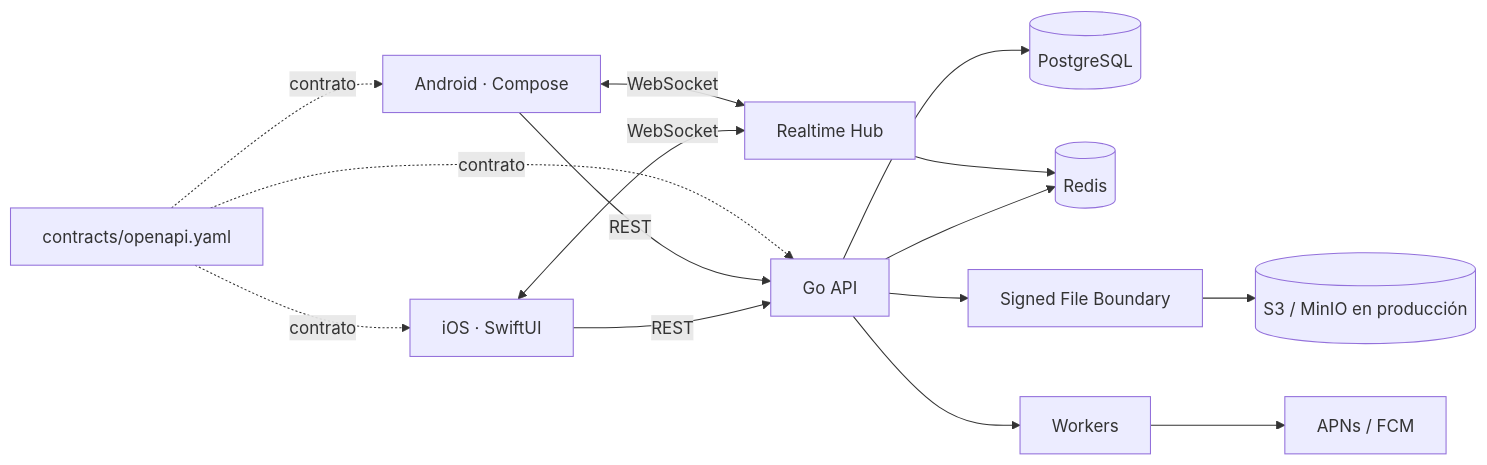
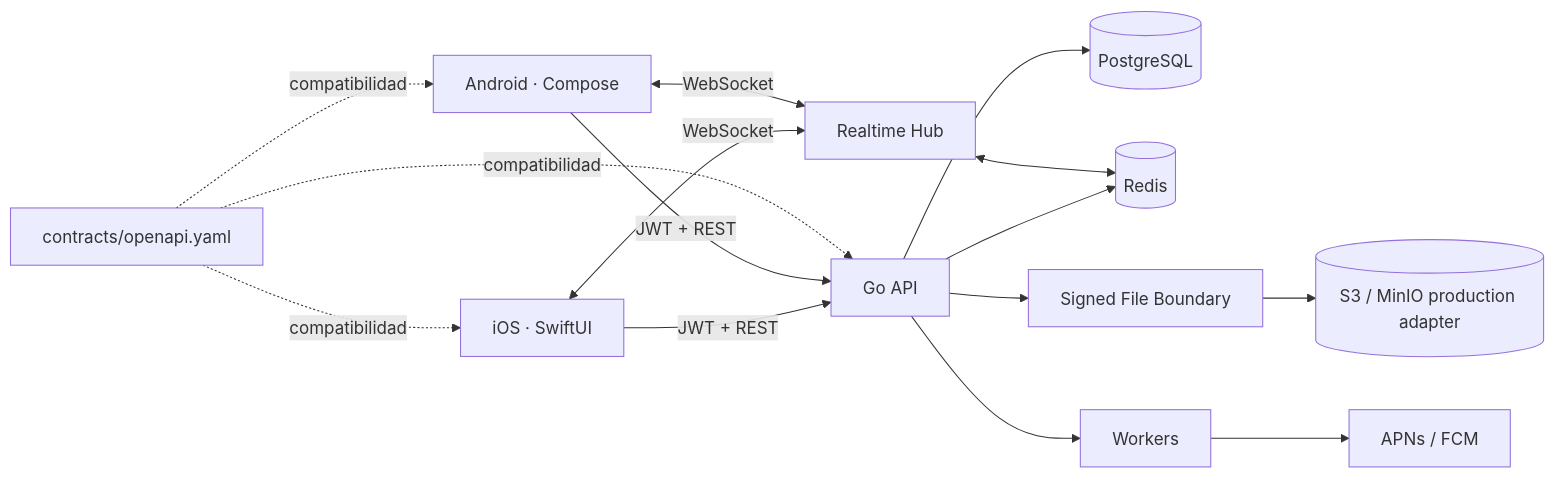
Before and after one commit to armaabetancourtt/pixelgo: the diagram in README.es.md, drawn with Mermaid. The commit also changed other lines of this file, not shown here.

Commit message:
docs: sync Spanish README with authenticated architecture

````diff
--- a/README.es.md
+++ b/README.es.md
@@ -118,19 +176,17 @@
-```mermaid
+~~~mermaid
 flowchart LR
-    I[iOS · SwiftUI] -->|REST| API[Go API]
-    A[Android · Compose] -->|REST| API
+    I[iOS · SwiftUI] -->|JWT + REST| API[Go API]
+    A[Android · Compose] -->|JWT + REST| API
     I <--> |WebSocket| RT[Realtime Hub]
     A <--> |WebSocket| RT
-
     API --> PG[(PostgreSQL)]
     API --> R[(Redis)]
     API --> FS[Signed File Boundary]
-    FS --> O[(S3 / MinIO en producción)]
+    FS --> O[(S3 / MinIO production adapter)]
     API --> W[Workers]
     W --> P[APNs / FCM]
-    RT --> R
-
-    C[contracts/openapi.yaml] -. contrato .-> I
-    C -. contrato .-> A
-    C -. contrato .-> API
-```
+    RT <--> R
+    C[contracts/openapi.yaml] -. compatibilidad .-> I
+    C -. compatibilidad .-> A
+    C -. compatibilidad .-> API
+~~~
````
